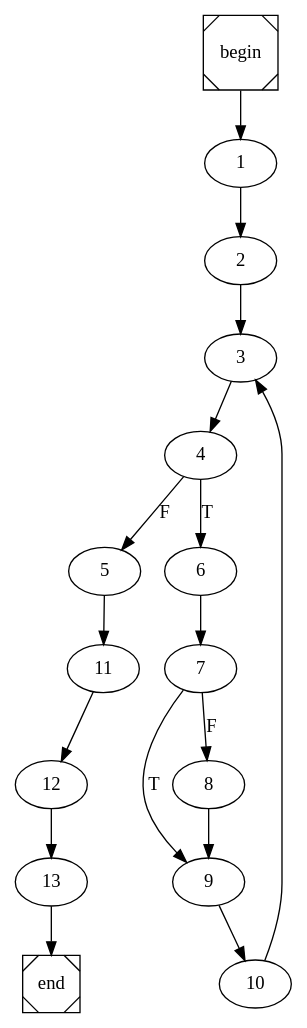
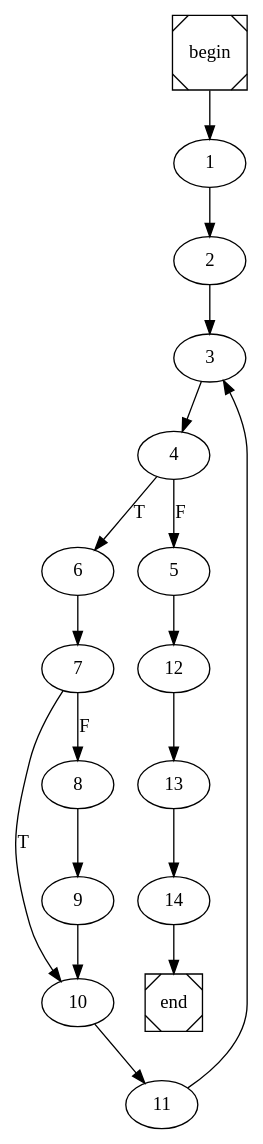
Before and after one commit to pedrojfs17/FEUP-COMP: the diagram in estimatePi100.dot, drawn with Graphviz. The commit also changed 11 other files, not shown here.

```diff
--- a/estimatePi100.dot
+++ b/estimatePi100.dot
@@ -1,4 +1,4 @@
 digraph cfg {
 	begin [shape=Msquare];
 	end [shape=Msquare];
-	begin -> 1;	1 -> 2;	2 -> 3;	3 -> 4;	4 -> 6[label=T];	4 -> 5[label=F];	5 -> 11;	6 -> 7;	7 -> 9[label=T];	7 -> 8[label=F];	8 -> 9;	9 -> 10;	10 -> 3;	11 -> 12;	12 -> 13;	13 -> end;}
+	begin -> 1;	1 -> 2;	2 -> 3;	3 -> 4;	4 -> 6[label=T];	4 -> 5[label=F];	5 -> 12;	6 -> 7;	7 -> 10[label=T];	7 -> 8[label=F];	8 -> 9;	9 -> 10;	10 -> 11;	11 -> 3;	12 -> 13;	13 -> 14;	14 -> end;}
```
